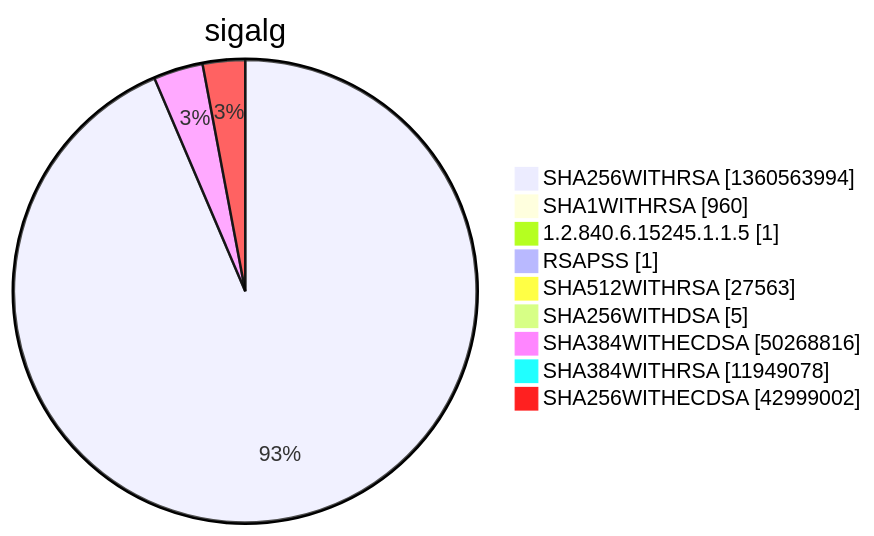
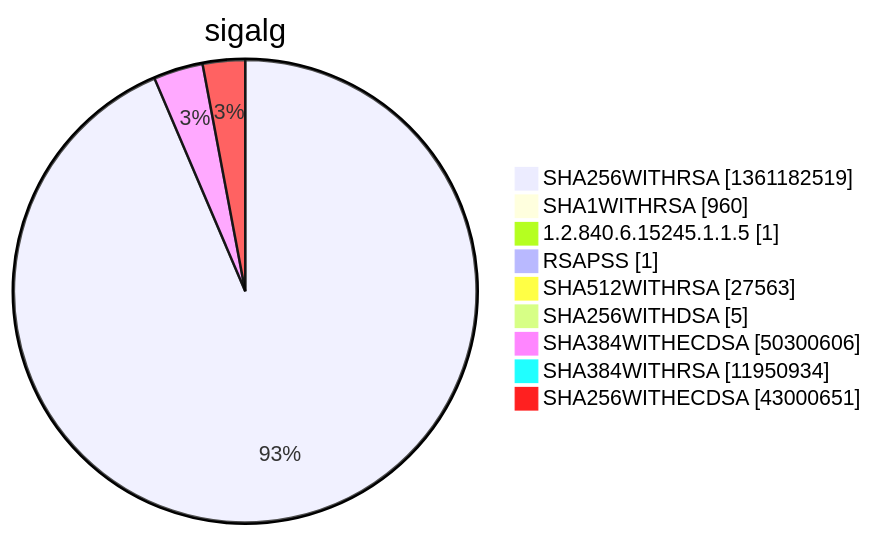
Before and after one commit to christiankrug/ctmonitor_visualization: diagram 15 of 15 in argon2022/README.md, drawn with Mermaid. The commit also changed other lines of this file, not shown here.

````diff
--- a/argon2022/README.md
+++ b/argon2022/README.md
@@ -5524,13 +5524,13 @@
 ```mermaid
 pie showData
 title sigalg
-"SHA256WITHRSA" :1360563994
+"SHA256WITHRSA" :1361182519
 "SHA1WITHRSA" :960
 "1.2.840.6.15245.1.1.5" :1
 "RSAPSS" :1
 "SHA512WITHRSA" :27563
 "SHA256WITHDSA" :5
-"SHA384WITHECDSA" :50268816
-"SHA384WITHRSA" :11949078
-"SHA256WITHECDSA" :42999002
+"SHA384WITHECDSA" :50300606
+"SHA384WITHRSA" :11950934
+"SHA256WITHECDSA" :43000651
 ```
````
